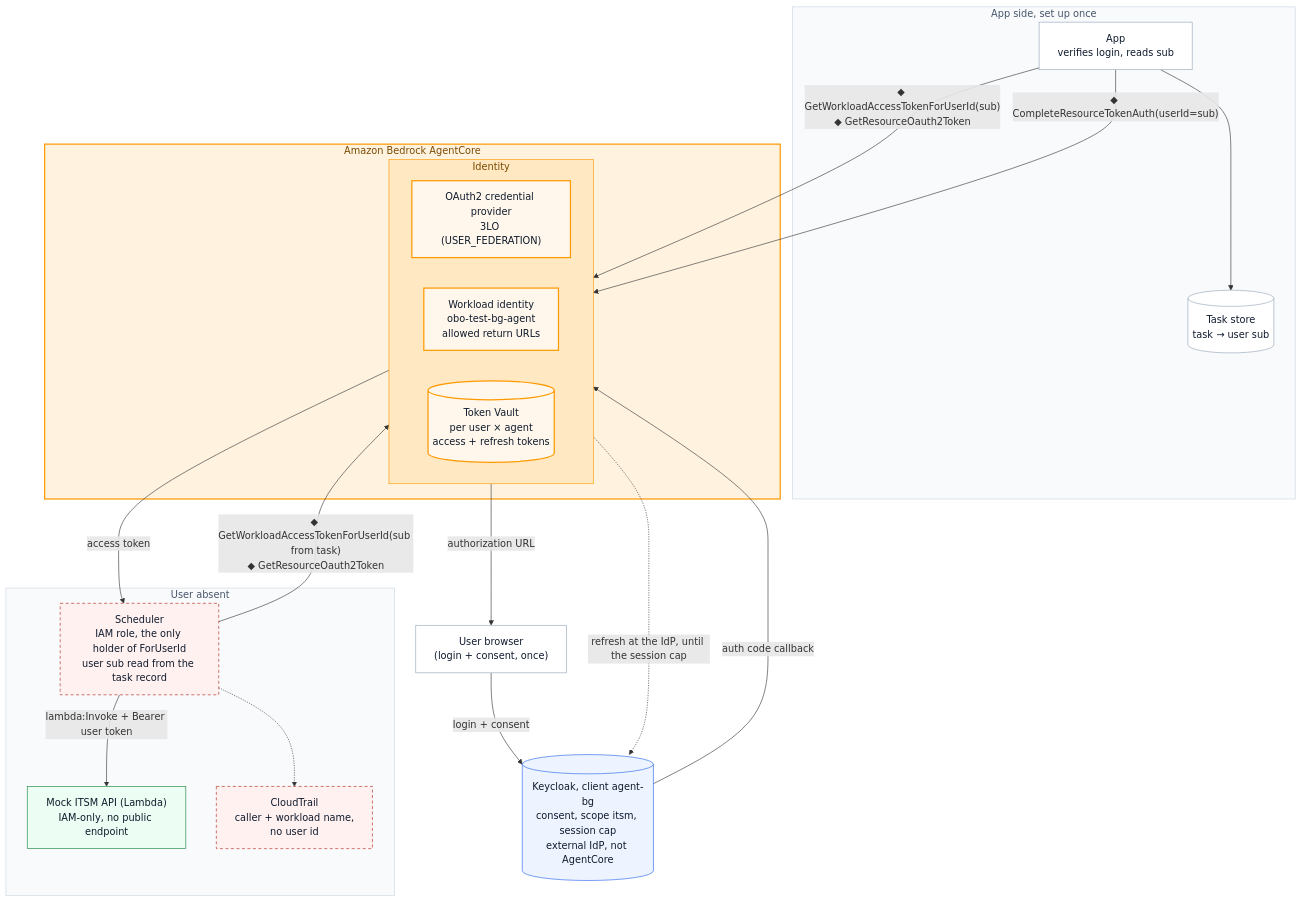
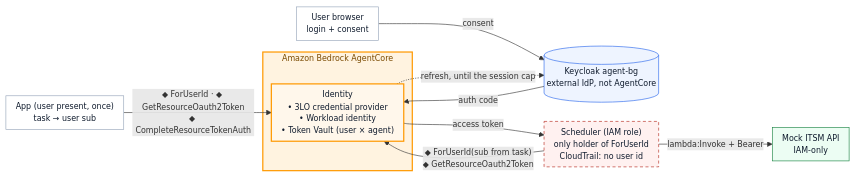
One commit to zanbei/agentcore-delegated-auth-poc changed the second of 2 diagrams in README.md. Above: the diagram before and after it, drawn with Mermaid. The commit also changed other lines of this file and 5 other files, not shown here.

Commit message:
Make architecture diagrams compact

````diff
--- a/README.md
+++ b/README.md
@@ -45,47 +46,25 @@
 ```mermaid
-flowchart TB
-    U2["User browser<br/>(login + consent, once)"]
-    subgraph setup["App side, set up once"]
-        APP["App<br/>verifies login, reads sub"]
-        T[("Task store<br/>task → user sub")]
+%%{init: {"flowchart": {"nodeSpacing": 18, "rankSpacing": 28, "padding": 8}, "themeVariables": {"fontSize": "13px"}}}%%
+flowchart LR
+    APP["App (user present, once)<br/>task → user sub"] -->|"◆ ForUserId · ◆ GetResourceOauth2Token<br/>◆ CompleteResourceTokenAuth"| ID
+    subgraph AC["Amazon Bedrock AgentCore"]
+        ID["Identity<br/>• 3LO credential provider<br/>• Workload identity<br/>• Token Vault (user × agent)"]
     end
-    subgraph AC["Amazon Bedrock AgentCore"]
-        subgraph ID["Identity"]
-            direction LR
-            CP["OAuth2 credential provider<br/>3LO (USER_FEDERATION)"]
-            WI["Workload identity<br/>obo-test-bg-agent<br/>allowed return URLs"]
-            V[("Token Vault<br/>per user × agent<br/>access + refresh tokens")]
-        end
-    end
-    K2[("Keycloak, client agent-bg<br/>consent, scope itsm, session cap<br/>external IdP, not AgentCore")]
-    subgraph absent["User absent"]
-        S["Scheduler<br/>IAM role, the only holder of ForUserId<br/>user sub read from the task record"]
-        D2["Mock ITSM API (Lambda)<br/>IAM-only, no public endpoint"]
-        CT["CloudTrail<br/>caller + workload name,<br/>no user id"]
-    end
-    APP -->|"◆ GetWorkloadAccessTokenForUserId(sub)<br/>◆ GetResourceOauth2Token"| CP
-    CP -->|"authorization URL"| U2
-    U2 -->|"login + consent"| K2
-    K2 -->|"auth code callback"| V
-    APP -->|"◆ CompleteResourceTokenAuth(userId=sub)"| V
-    APP --> T
-    S -->|"◆ GetWorkloadAccessTokenForUserId(sub from task)<br/>◆ GetResourceOauth2Token"| V
-    V -->|"access token"| S
-    V -.->|"refresh at the IdP, until the session cap"| K2
-    S -->|"lambda:Invoke + Bearer user token"| D2
-    S -.-> CT
+    B["User browser<br/>login + consent"] -->|"consent"| K[("Keycloak agent-bg<br/>external IdP, not AgentCore")]
+    K -->|"auth code"| ID
+    ID -.->|"refresh, until the session cap"| K
+    S["Scheduler (IAM role)<br/>only holder of ForUserId<br/>CloudTrail: no user id"] -->|"◆ ForUserId(sub from task)<br/>◆ GetResourceOauth2Token"| ID
+    ID -->|"access token"| S
+    S -->|"lambda:Invoke + Bearer"| D["Mock ITSM API<br/>IAM-only"]
     classDef agentcore fill:#fff7eb,stroke:#ff9900,stroke-width:2px,color:#0f1b2d
     classDef idp fill:#eef4ff,stroke:#2563eb,color:#0f1b2d
     classDef app fill:#ffffff,stroke:#94a3b8,color:#0f1b2d
     classDef down fill:#ecfdf3,stroke:#15803d,color:#0f1b2d
     classDef risk fill:#fff1f0,stroke:#b42318,stroke-dasharray:5 4,color:#0f1b2d
-    class CP,WI,V agentcore
-    class K2 idp
-    class U2,APP,T app
-    class D2 down
-    class S,CT risk
     style AC fill:#fff3e0,stroke:#ff9900,stroke-width:2px,color:#7a4a00
-    style ID fill:#ffe8c2,stroke:#ff9900,color:#7a4a00
-    style setup fill:#f8fafc,stroke:#cbd5e1,color:#475569
-    style absent fill:#f8fafc,stroke:#cbd5e1,color:#475569
+    class ID agentcore
+    class K idp
+    class APP,B app
+    class D down
+    class S risk
 ```
````
